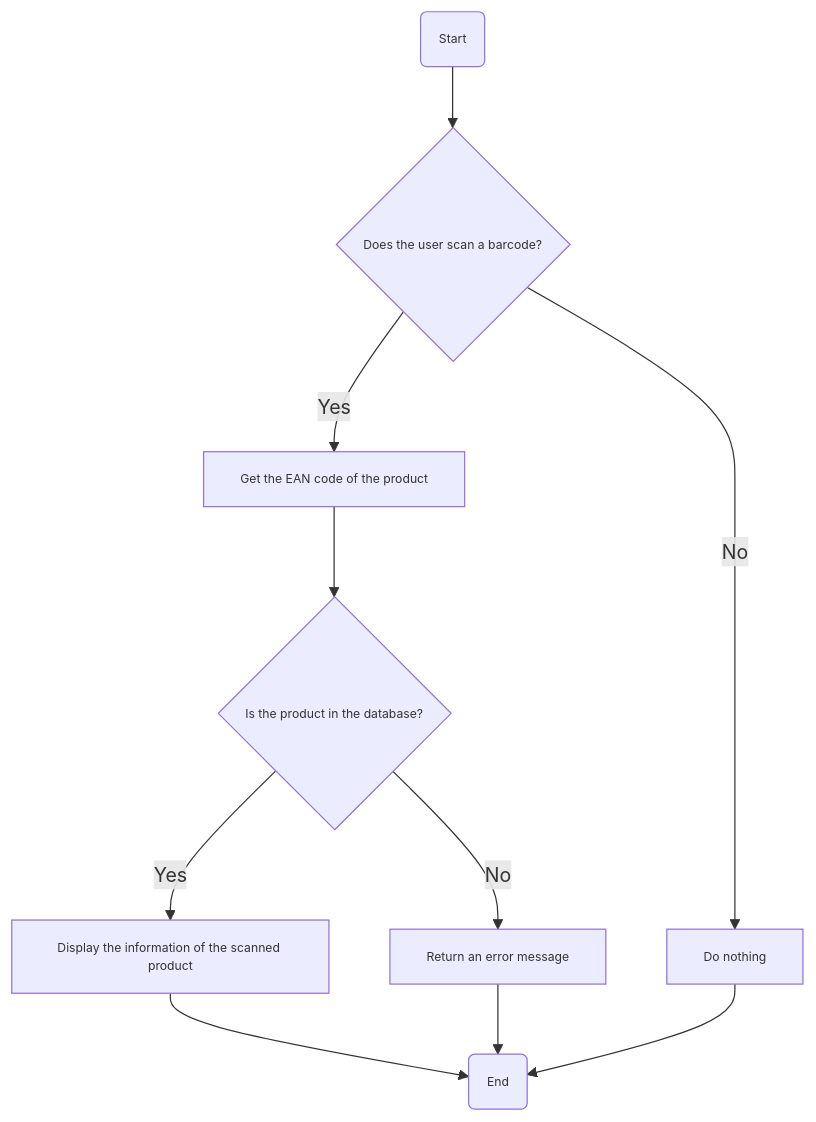
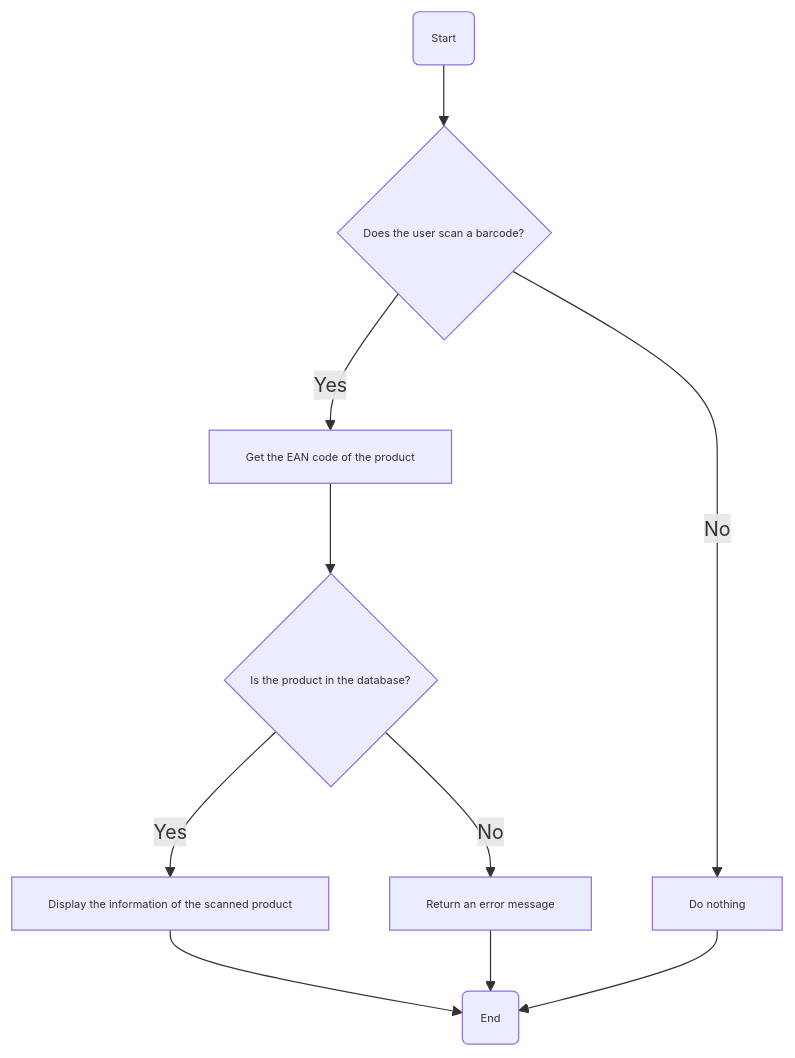
Before and after one commit to algosup/2024-2025-project-5-bubble-intermarche-team-2: the eighth of 11 diagrams in Documents/Technical/technical_specifications.md, drawn with Mermaid. The commit also changed other lines of this file, not shown here.

````diff
--- a/Documents/Technical/technical_specifications.md
+++ b/Documents/Technical/technical_specifications.md
@@ -420,13 +420,13 @@
 ```mermaid
 graph TD
     A(Start) --> B{Does the user scan a barcode?}
     B -->|Yes| C[Get the EAN code of the product]
     B -->|No| D[Do nothing]
     C --> E{Is the product in the database?}
     E -->|Yes| F[Display the information of the scanned product]
     E -->|No| G[Return an error message]
     F --> H(End)
     D --> H
     G --> H
-    classDef default font-size:10px;
+    classDef default font-size:9px;
 ```
````
